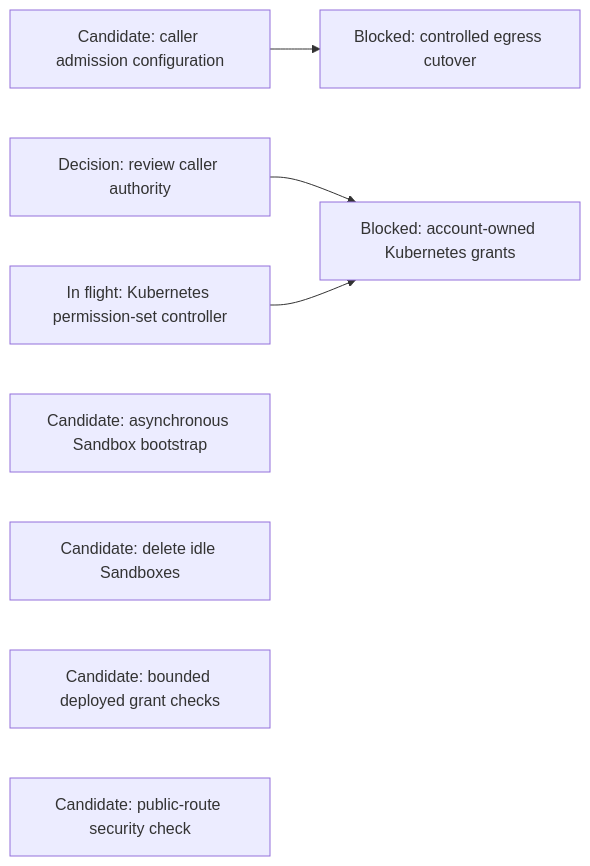
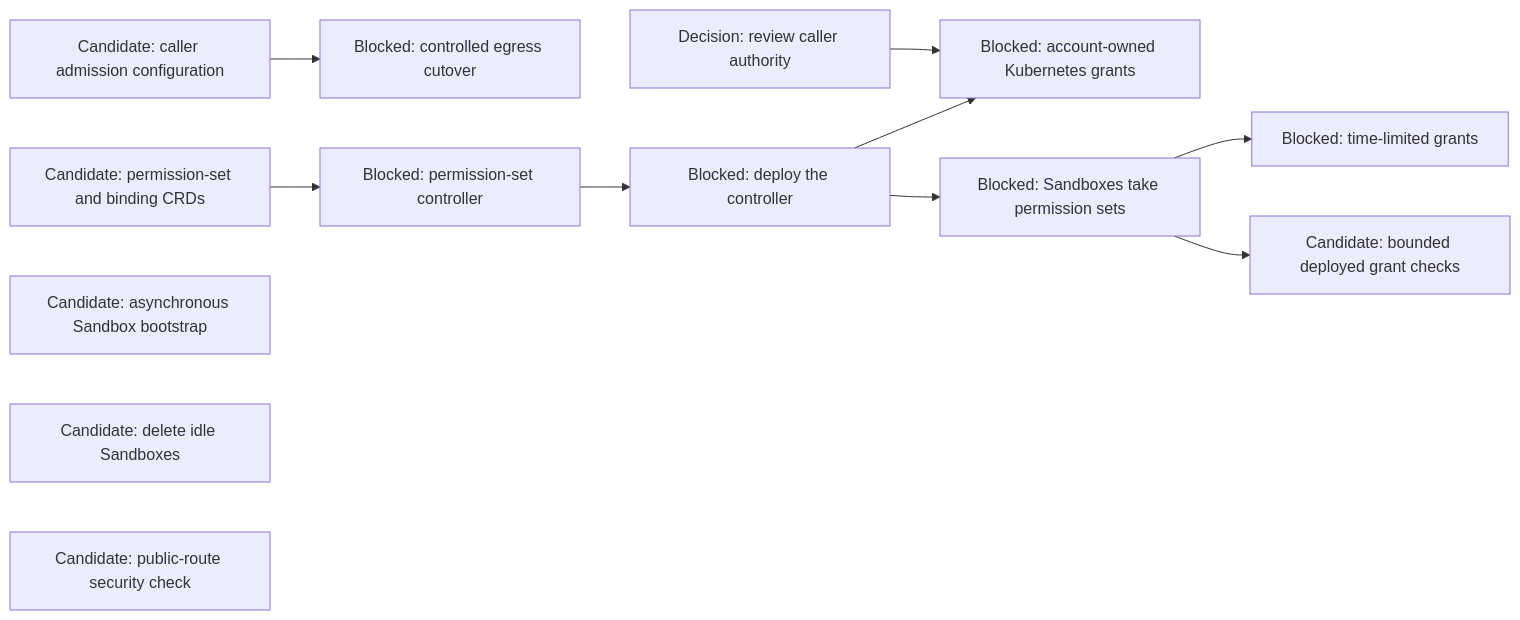
Before and after one commit to agentydragon-agent/ducktape: the eighth of 14 diagrams in agentplane/plans/task_dag.md, drawn with Mermaid. The commit also changed other lines of this file and 1 other file, not shown here.

````diff
--- a/agentplane/plans/task_dag.md
+++ b/agentplane/plans/task_dag.md
@@ -471,11 +471,15 @@
 ```mermaid
 flowchart LR
     PC_EGRESS_CREDENTIALS[Candidate: caller admission configuration] --> PC_EGRESS[Blocked: controlled egress cutover]
     CLAUDE_AI_SA[Decision: review caller authority] --> MANAGED_SA_RBAC[Blocked: account-owned Kubernetes grants]
-    KUBERNETES_RBAC_POLICY_BINDINGS[In flight: Kubernetes permission-set controller]
-    KUBERNETES_RBAC_POLICY_BINDINGS --> MANAGED_SA_RBAC
+    K8S_POLICY_CRDS[Candidate: permission-set and binding CRDs] --> K8S_POLICY_CONTROLLER[Blocked: permission-set controller]
+    K8S_POLICY_CONTROLLER --> K8S_POLICY_DEPLOY[Blocked: deploy the controller]
+    K8S_POLICY_DEPLOY --> K8S_POLICY_SANDBOX_CUTOVER[Blocked: Sandboxes take permission sets]
+    K8S_POLICY_SANDBOX_CUTOVER --> K8S_POLICY_RUNTIME_GRANTS[Blocked: time-limited grants]
+    K8S_POLICY_DEPLOY --> MANAGED_SA_RBAC
+    K8S_POLICY_SANDBOX_CUTOVER --> SANDBOX_RBAC
     BOOTSTRAP_PROGRESS_CONTRACT[Candidate: asynchronous Sandbox bootstrap]
     SANDBOX_IDLE_EXPIRY[Candidate: delete idle Sandboxes]
     SANDBOX_RBAC[Candidate: bounded deployed grant checks]
     NOTIFICATION_INGRESS_BOUNDARY[Candidate: public-route security check]
 ```
````
